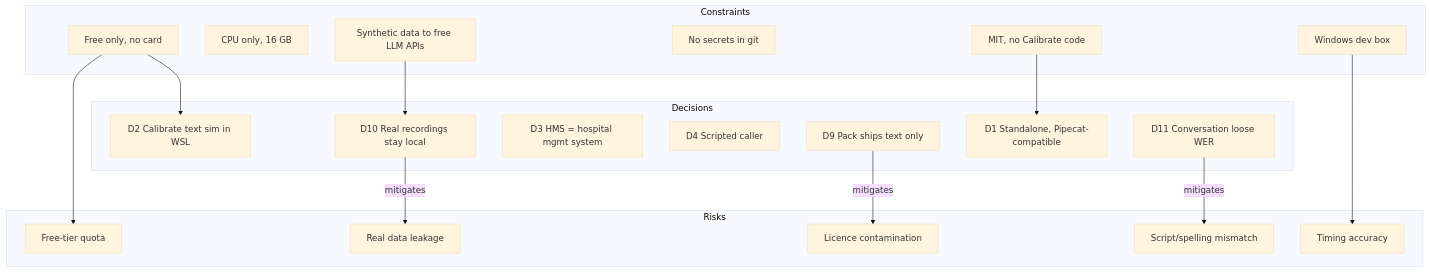
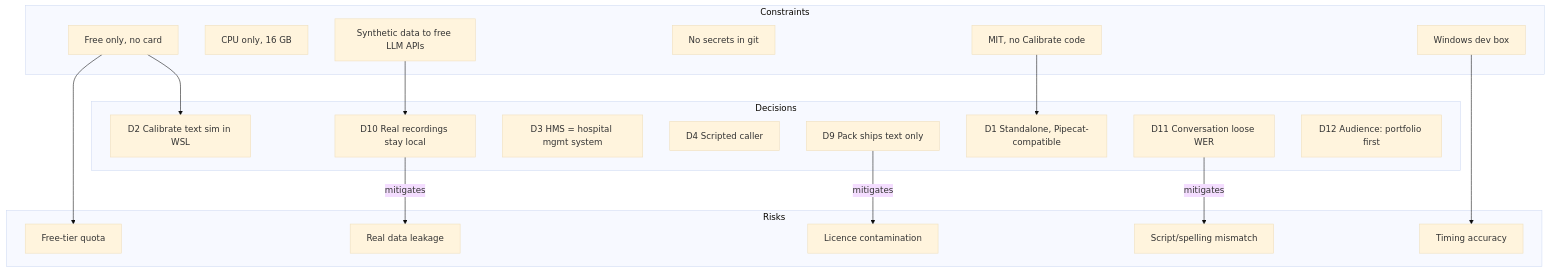
The second of 3 diagrams in docs/kg/README.md (yatinannam/parakh), drawn with Mermaid (base theme) before and after one commit. The commit also changed other lines of this file and 2 other files, not shown here.

````diff
--- a/docs/kg/README.md
+++ b/docs/kg/README.md
@@ -42,35 +42,36 @@
 ```mermaid
 flowchart TB
   subgraph Constraints
     c_free[Free only, no card]
     c_cpu[CPU only, 16 GB]
     c_synthetic[Synthetic data to free LLM APIs]
     c_secrets[No secrets in git]
     c_mit[MIT, no Calibrate code]
     c_windows[Windows dev box]
   end
   subgraph Decisions
     d1[D1 Standalone, Pipecat-compatible]
     d2[D2 Calibrate text sim in WSL]
     d3[D3 HMS = hospital mgmt system]
     d4[D4 Scripted caller]
     d9[D9 Pack ships text only]
     d10[D10 Real recordings stay local]
     d11[D11 Conversation loose WER]
+    d12[D12 Audience: portfolio first]
   end
   subgraph Risks
     r_timing[Timing accuracy]
     r_quota[Free-tier quota]
     r_script[Script/spelling mismatch]
     r_license[Licence contamination]
     r_privacy[Real data leakage]
   end
   c_mit --> d1
   c_free --> d2
   c_synthetic --> d10
   c_windows --> r_timing
   c_free --> r_quota
   d9 -- mitigates --> r_license
   d10 -- mitigates --> r_privacy
   d11 -- mitigates --> r_script
 ```
````
